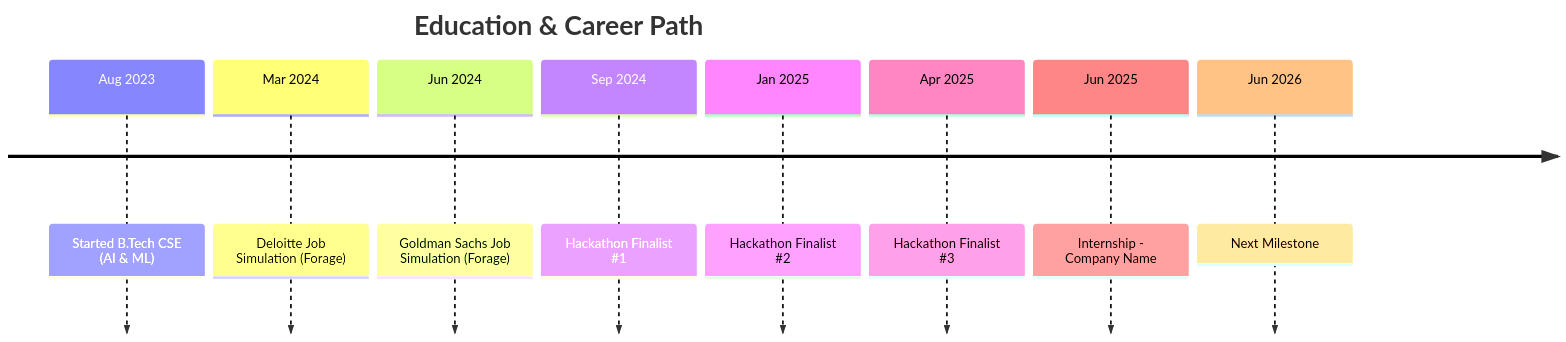
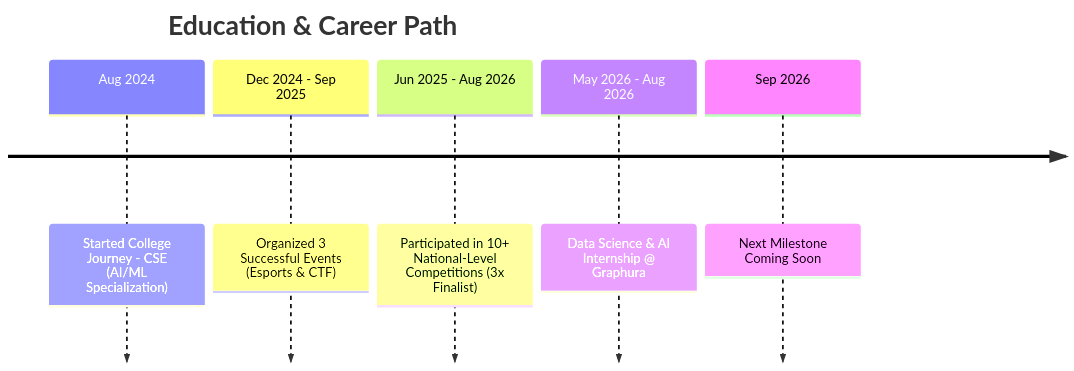
One commit to madhav-gagneja/madhav-gagneja changed the diagram in README.md. Above: the diagram before and after it, drawn with Mermaid. The commit also changed other lines of this file, not shown here.

````diff
--- a/README.md
+++ b/README.md
@@ -41,12 +39,9 @@
 ```mermaid
 timeline
     title Education & Career Path
-    Aug 2023 : Started B.Tech CSE (AI & ML)
-    Mar 2024 : Deloitte Job Simulation (Forage)
-    Jun 2024 : Goldman Sachs Job Simulation (Forage)
-    Sep 2024 : Hackathon Finalist #1
-    Jan 2025 : Hackathon Finalist #2
-    Apr 2025 : Hackathon Finalist #3
-    Jun 2025 : Internship - Company Name
-    Jun 2026 : Next Milestone
+    Aug 2024 : Started College Journey - CSE (AI/ML Specialization)
+    Dec 2024 - Sep 2025 : Organized 3 Successful Events (Esports & CTF)
+    Jun 2025 - Aug 2026 : Participated in 10+ National-Level Competitions (3x Finalist)
+    May 2026 - Aug 2026 : Data Science & AI Internship @ Graphura
+    Sep 2026 : Next Milestone Coming Soon
 ```
````
